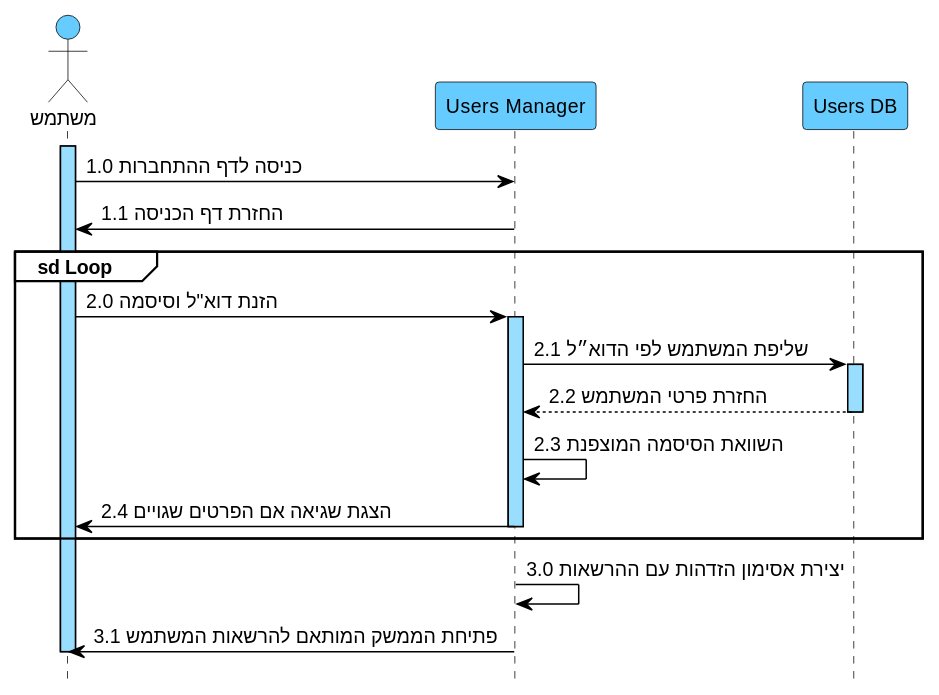
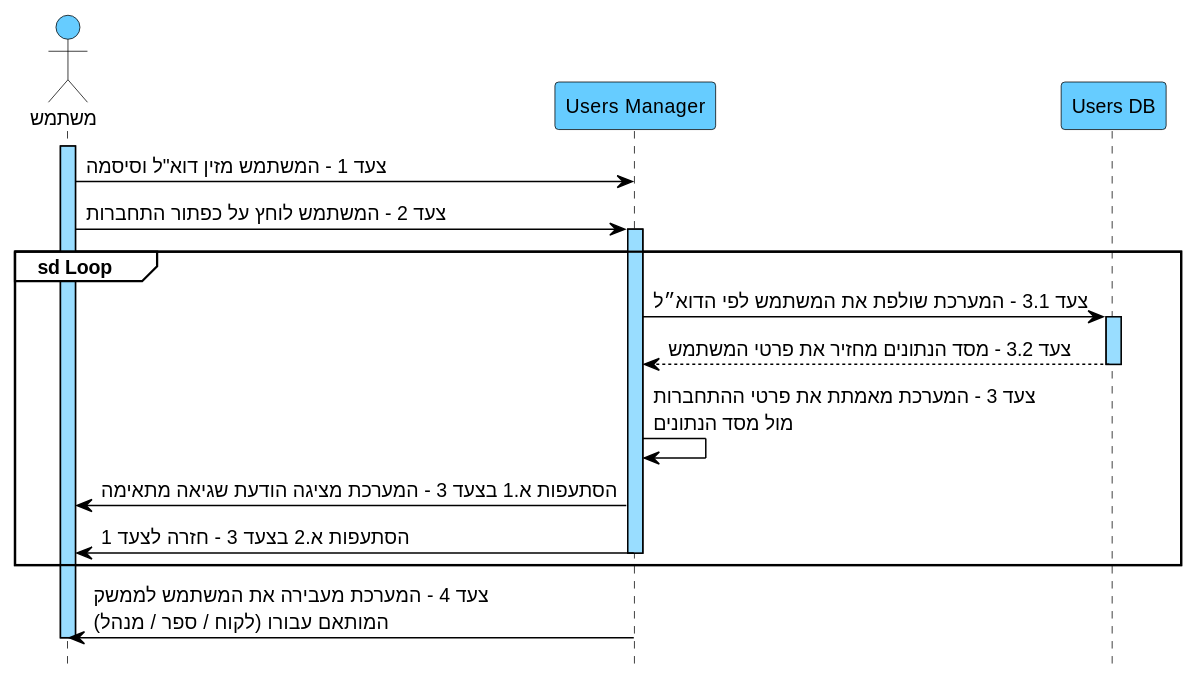
One commit to arielkaplan20/GOLDEN_HAIR_SALOAN changed the diagram in docs/diagrams/puml/02-seq-suc02-התחברות.puml. Above: the diagram before and after it, drawn with PlantUML. The commit also changed 26 other files, not shown here.

```diff
--- a/docs/diagrams/puml/02-seq-suc02-התחברות.puml
+++ b/docs/diagrams/puml/02-seq-suc02-התחברות.puml
@@ -1,45 +1,46 @@
 @startuml
 hide footbox
 skinparam backgroundColor white
 skinparam defaultFontName Arial
 skinparam defaultFontSize 13
 skinparam sequence {
 ArrowColor black
 ArrowFontColor black
 ActorBorderColor black
 ActorBackgroundColor #66CCFF
 LifeLineBorderColor black
 LifeLineBackgroundColor #99DDFF
 ParticipantBorderColor black
 ParticipantBackgroundColor #66CCFF
 ParticipantFontColor black
 ParticipantFontSize 13
 GroupBorderColor black
 GroupBackgroundColor white
 GroupHeaderFontColor black
 }
 
 actor "משתמש" as U
 participant "Users Manager" as UM
 participant "Users DB" as DB
 
 activate U
-U -> UM : 1.0 כניסה לדף ההתחברות
-UM -> U : 1.1 החזרת דף הכניסה
+U -> UM : צעד 1 - המשתמש מזין דוא"ל וסיסמה
+U -> UM : צעד 2 - המשתמש לוחץ על כפתור התחברות
 
 group sd Loop
-U -> UM : 2.0 הזנת דוא"ל וסיסמה
 activate UM
-UM -> DB : 2.1 שליפת המשתמש לפי הדוא״ל
+UM -> DB : צעד 3.1 - המערכת שולפת את המשתמש לפי הדוא״ל
 activate DB
-DB --> UM : 2.2 החזרת פרטי המשתמש
+DB --> UM : צעד 3.2 - מסד הנתונים מחזיר את פרטי המשתמש
 deactivate DB
-UM -> UM : 2.3 השוואת הסיסמה המוצפנת
-UM -> U : 2.4 הצגת שגיאה אם הפרטים שגויים
+UM -> UM : צעד 3 - המערכת מאמתת את פרטי ההתחברות\nמול מסד הנתונים
+UM -> U : הסתעפות א.1 בצעד 3 - המערכת מציגה הודעת שגיאה מתאימה
+UM -> U : הסתעפות א.2 בצעד 3 - חזרה לצעד 1
 deactivate UM
 end
 
-UM -> UM : 3.0 יצירת אסימון הזדהות עם ההרשאות
-UM -> U : 3.1 פתיחת הממשק המותאם להרשאות המשתמש
+activate UM
+UM -> U : צעד 4 - המערכת מעבירה את המשתמש לממשק\nהמותאם עבורו (לקוח / ספר / מנהל)
+deactivate UM
 deactivate U
 @enduml
```
